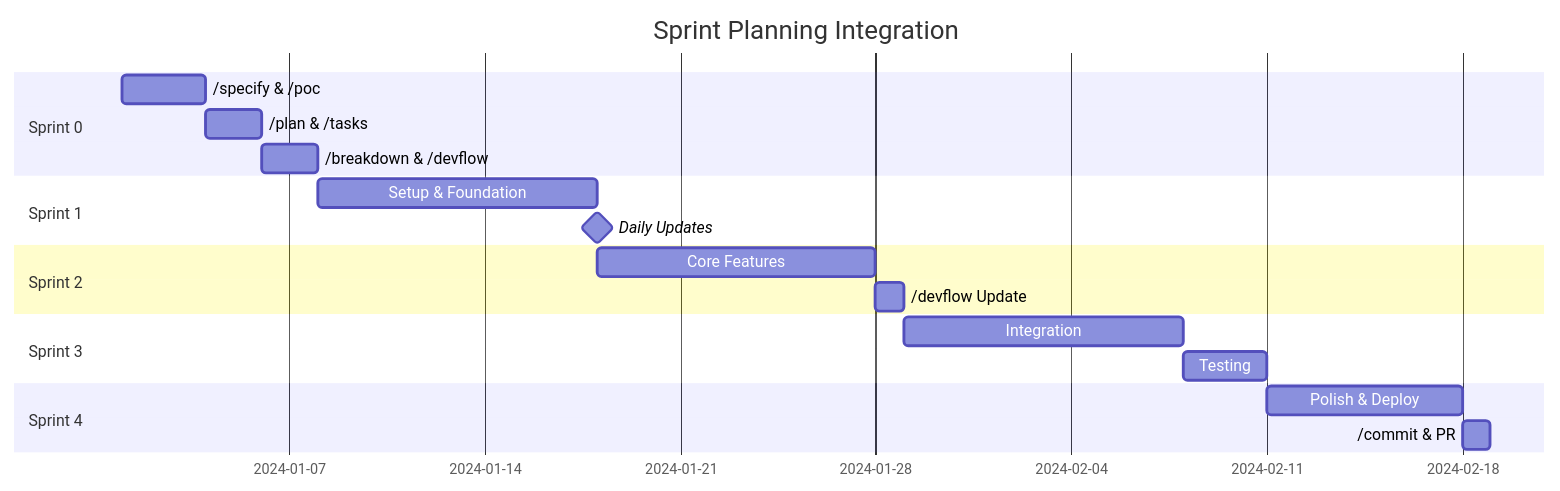
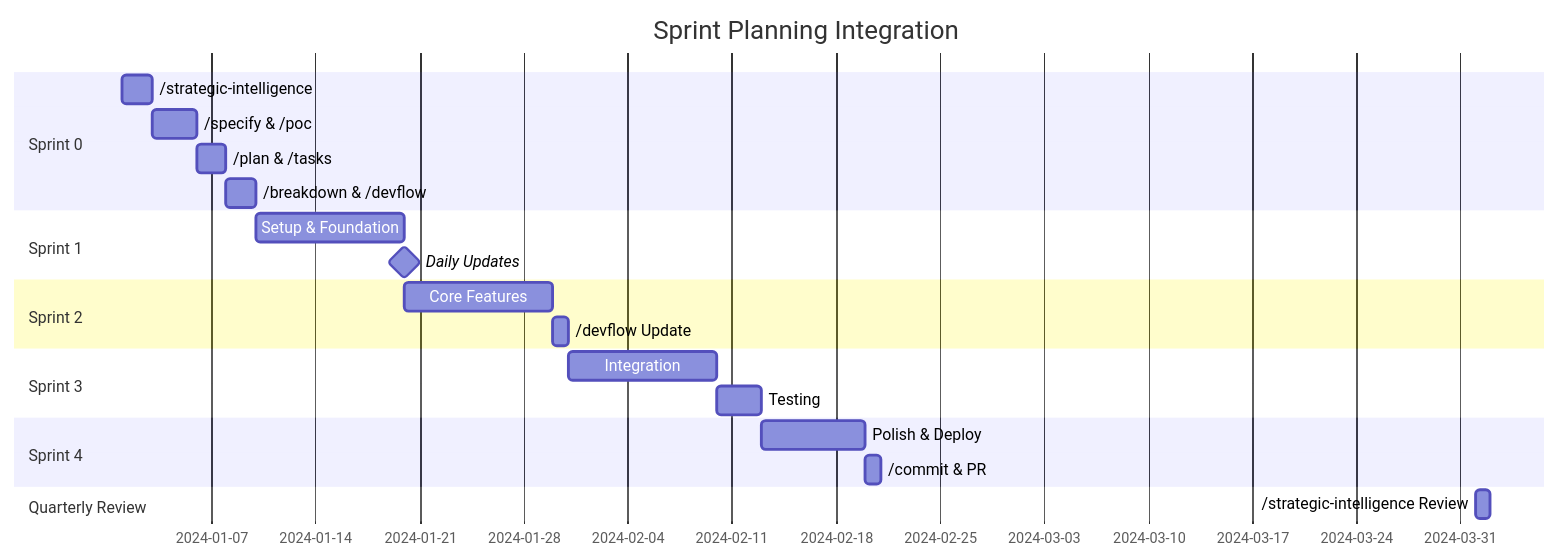
Diagram 19 of 22 in commands/WORKFLOW.md (Mathews-Tom/sage-dev), drawn with Mermaid before and after one commit. The commit also changed other lines of this file and 3 other files, not shown here.

First line of the commit message:
Add /strategic-intelligence command and integrate across docs; remove legacy gap analysis

````diff
--- a/commands/WORKFLOW.md
+++ b/commands/WORKFLOW.md
@@ -526,21 +612,24 @@
 ```mermaid
 gantt
     title Sprint Planning Integration
     dateFormat YYYY-MM-DD
     section Sprint 0
-    /specify & /poc        :s0-1, 2024-01-01, 3d
+    /strategic-intelligence :s0-0, 2024-01-01, 2d
+    /specify & /poc       :s0-1, after s0-0, 3d
     /plan & /tasks        :s0-2, after s0-1, 2d
     /breakdown & /devflow :s0-3, after s0-2, 2d
     section Sprint 1
-    Setup & Foundation    :s1-1, 2024-01-08, 10d
-    Daily Updates         :milestone, 2024-01-18, 0d
+    Setup & Foundation    :s1-1, 2024-01-10, 10d
+    Daily Updates         :milestone, 2024-01-20, 0d
     section Sprint 2
-    Core Features         :s2-1, 2024-01-18, 10d
-    /devflow Update      :s2-2, 2024-01-28, 1d
+    Core Features         :s2-1, 2024-01-20, 10d
+    /devflow Update      :s2-2, 2024-01-30, 1d
     section Sprint 3
-    Integration           :s3-1, 2024-01-29, 10d
+    Integration           :s3-1, 2024-01-31, 10d
     Testing              :s3-2, after s3-1, 3d
     section Sprint 4
-    Polish & Deploy       :s4-1, 2024-02-11, 7d
+    Polish & Deploy       :s4-1, 2024-02-13, 7d
     /commit & PR         :s4-2, after s4-1, 1d
+    section Quarterly Review
+    /strategic-intelligence Review :q1-1, 2024-04-01, 1d
 ```
````
